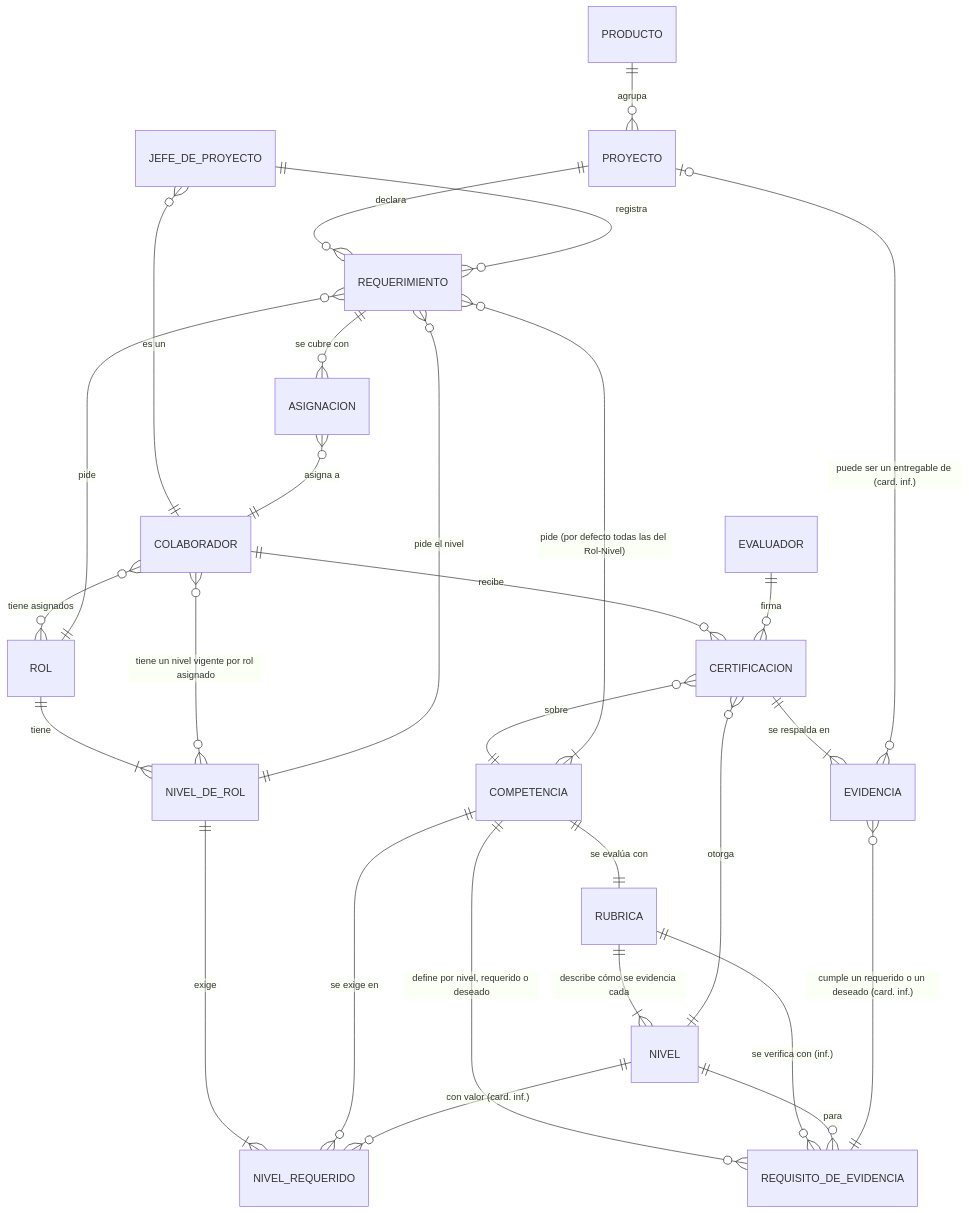
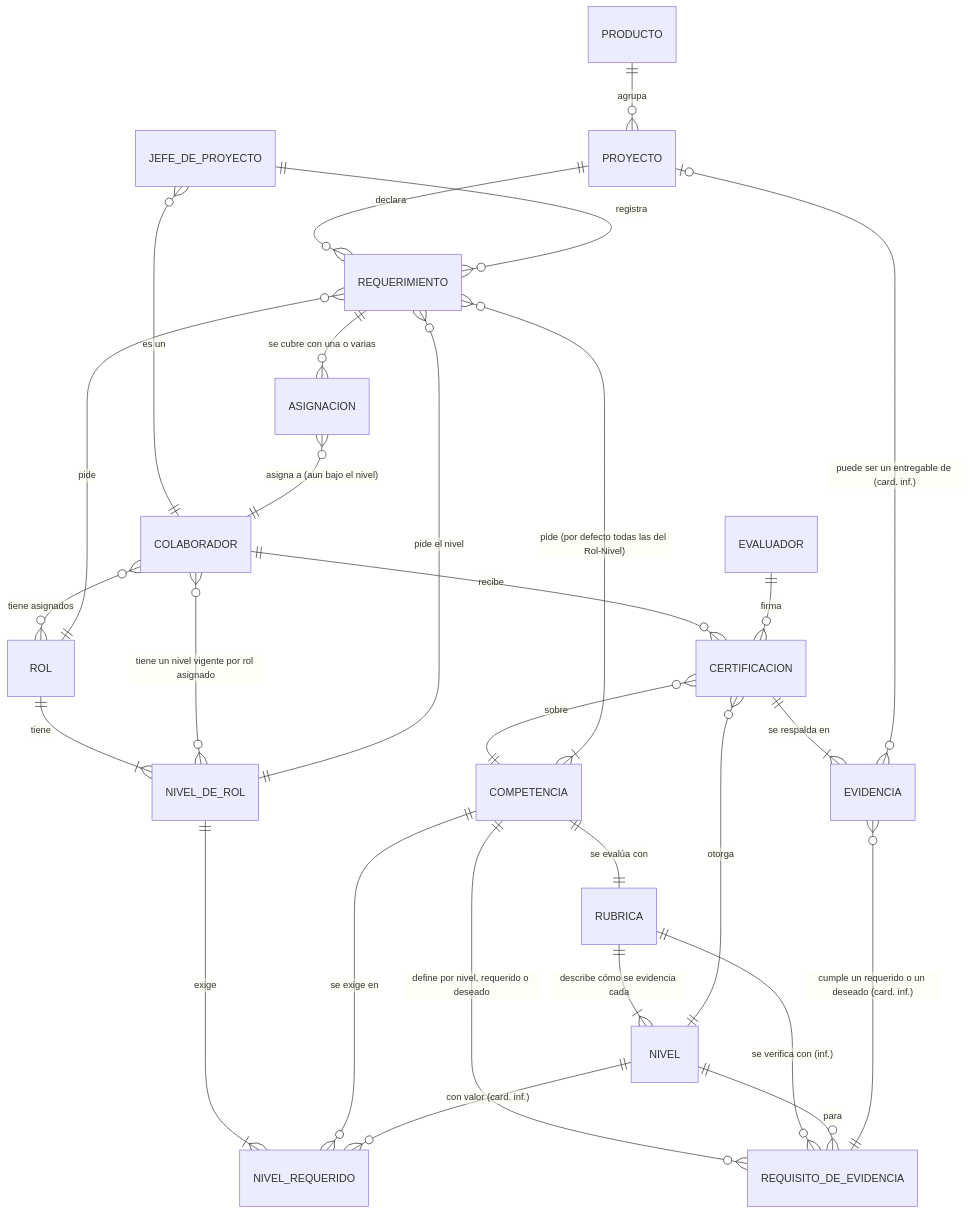
One commit to ianache/training-manager changed the first of 4 diagrams in knowledge-base/business/information-model/IMD-001-modelo-de-informacion-conceptual.md. Above: the diagram before and after it, drawn with Mermaid. The commit also changed other lines of this file and 127 other files, not shown here.

````diff
--- a/knowledge-base/business/information-model/IMD-001-modelo-de-informacion-conceptual.md
+++ b/knowledge-base/business/information-model/IMD-001-modelo-de-informacion-conceptual.md
@@ -44,30 +44,30 @@
 ```mermaid
 erDiagram
     PRODUCTO ||--o{ PROYECTO : "agrupa"
     ROL ||--|{ NIVEL_DE_ROL : "tiene"
     NIVEL_DE_ROL ||--|{ NIVEL_REQUERIDO : "exige"
     COMPETENCIA ||--o{ NIVEL_REQUERIDO : "se exige en"
     NIVEL ||--o{ NIVEL_REQUERIDO : "con valor (card. inf.)"
     COMPETENCIA ||--o{ REQUISITO_DE_EVIDENCIA : "define por nivel, requerido o deseado"
     COMPETENCIA ||--|| RUBRICA : "se evalúa con"
     RUBRICA ||--|{ NIVEL : "describe cómo se evidencia cada"
     RUBRICA ||--o{ REQUISITO_DE_EVIDENCIA : "se verifica con (inf.)"
     NIVEL ||--o{ REQUISITO_DE_EVIDENCIA : "para"
     COLABORADOR ||--o{ CERTIFICACION : "recibe"
     COLABORADOR }o--o{ ROL : "tiene asignados"
     COLABORADOR }o--o{ NIVEL_DE_ROL : "tiene un nivel vigente por rol asignado"
     EVALUADOR ||--o{ CERTIFICACION : "firma"
     CERTIFICACION }o--|| COMPETENCIA : "sobre"
     CERTIFICACION }o--|| NIVEL : "otorga"
     CERTIFICACION ||--|{ EVIDENCIA : "se respalda en"
     EVIDENCIA }o--o| PROYECTO : "puede ser un entregable de (card. inf.)"
     EVIDENCIA }o--|| REQUISITO_DE_EVIDENCIA : "cumple un requerido o un deseado (card. inf.)"
     PROYECTO ||--o{ REQUERIMIENTO : "declara"
     JEFE_DE_PROYECTO ||--o{ REQUERIMIENTO : "registra"
     JEFE_DE_PROYECTO }o--|| COLABORADOR : "es un"
     REQUERIMIENTO }o--|| ROL : "pide"
     REQUERIMIENTO }o--|| NIVEL_DE_ROL : "pide el nivel"
     REQUERIMIENTO }o--|{ COMPETENCIA : "pide (por defecto todas las del Rol-Nivel)"
-    REQUERIMIENTO ||--o{ ASIGNACION : "se cubre con"
-    ASIGNACION }o--|| COLABORADOR : "asigna a"
+    REQUERIMIENTO ||--o{ ASIGNACION : "se cubre con una o varias"
+    ASIGNACION }o--|| COLABORADOR : "asigna a (aun bajo el nivel)"
 ```
````
